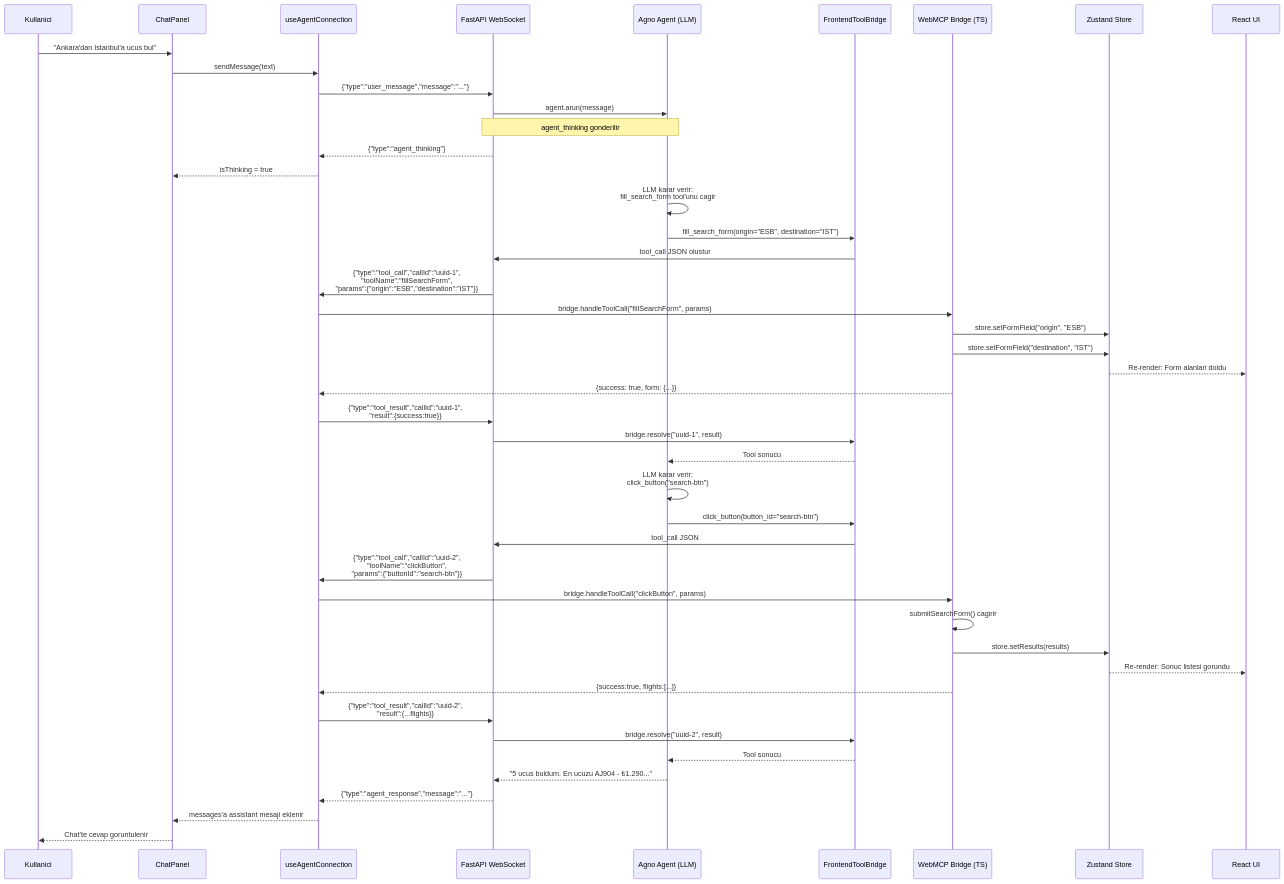
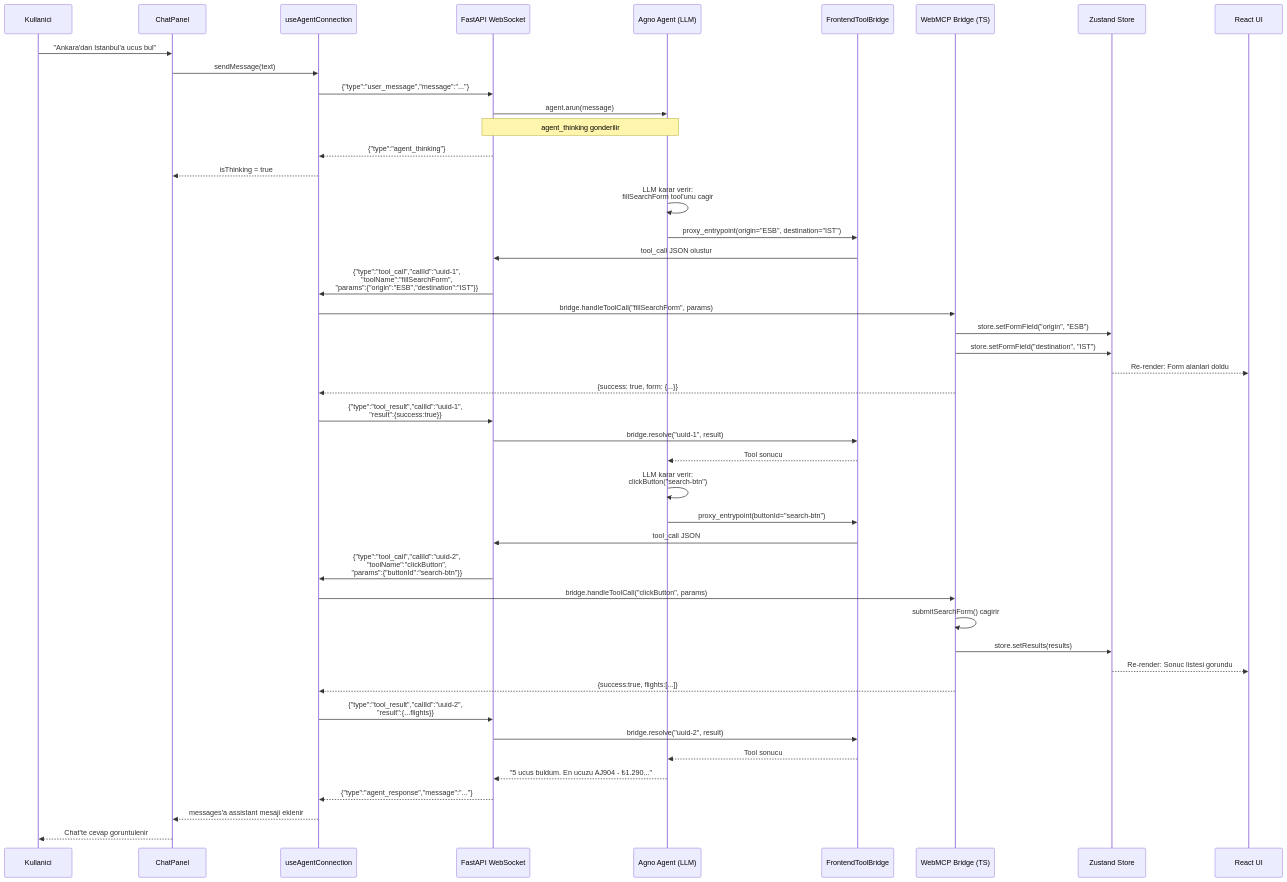
One commit to ozkangu/webmcp-agent changed the third of 7 diagrams in ARCHITECTURE.md. Above: the diagram before and after it, drawn with Mermaid. The commit also changed other lines of this file and 12 other files, not shown here.

````diff
--- a/ARCHITECTURE.md
+++ b/ARCHITECTURE.md
@@ -56,58 +86,58 @@
 ```mermaid
 sequenceDiagram
     participant U as Kullanici
     participant CP as ChatPanel
     participant WS as useAgentConnection
     participant BE as FastAPI WebSocket
     participant AG as Agno Agent (LLM)
     participant BPy as FrontendToolBridge
     participant BTs as WebMCP Bridge (TS)
     participant ST as Zustand Store
     participant UI as React UI
 
     U->>CP: "Ankara'dan Istanbul'a ucus bul"
     CP->>WS: sendMessage(text)
     WS->>BE: {"type":"user_message","message":"..."}
 
     BE->>AG: agent.arun(message)
     Note over BE,AG: agent_thinking gonderilir
     BE-->>WS: {"type":"agent_thinking"}
     WS-->>CP: isThinking = true
 
-    AG->>AG: LLM karar verir:<br/>fill_search_form tool'unu cagir
+    AG->>AG: LLM karar verir:<br/>fillSearchForm tool'unu cagir
 
-    AG->>BPy: fill_search_form(origin="ESB", destination="IST")
+    AG->>BPy: proxy_entrypoint(origin="ESB", destination="IST")
     BPy->>BE: tool_call JSON olustur
     BE->>WS: {"type":"tool_call","callId":"uuid-1",<br/>"toolName":"fillSearchForm",<br/>"params":{"origin":"ESB","destination":"IST"}}
 
     WS->>BTs: bridge.handleToolCall("fillSearchForm", params)
     BTs->>ST: store.setFormField("origin", "ESB")
     BTs->>ST: store.setFormField("destination", "IST")
     ST-->>UI: Re-render: Form alanlari doldu
     BTs-->>WS: {success: true, form: {...}}
 
     WS->>BE: {"type":"tool_result","callId":"uuid-1",<br/>"result":{success:true}}
     BE->>BPy: bridge.resolve("uuid-1", result)
     BPy-->>AG: Tool sonucu
 
-    AG->>AG: LLM karar verir:<br/>click_button("search-btn")
+    AG->>AG: LLM karar verir:<br/>clickButton("search-btn")
 
-    AG->>BPy: click_button(button_id="search-btn")
+    AG->>BPy: proxy_entrypoint(buttonId="search-btn")
     BPy->>BE: tool_call JSON
     BE->>WS: {"type":"tool_call","callId":"uuid-2",<br/>"toolName":"clickButton",<br/>"params":{"buttonId":"search-btn"}}
 
     WS->>BTs: bridge.handleToolCall("clickButton", params)
     BTs->>BTs: submitSearchForm() cagirir
     BTs->>ST: store.setResults(results)
     ST-->>UI: Re-render: Sonuc listesi gorundu
     BTs-->>WS: {success:true, flights:[...]}
 
     WS->>BE: {"type":"tool_result","callId":"uuid-2",<br/>"result":{...flights}}
     BE->>BPy: bridge.resolve("uuid-2", result)
     BPy-->>AG: Tool sonucu
 
     AG-->>BE: "5 ucus buldum. En ucuzu AJ904 - ₺1.290..."
     BE-->>WS: {"type":"agent_response","message":"..."}
     WS-->>CP: messages'a assistant mesaji eklenir
     CP-->>U: Chat'te cevap goruntulenir
 ```
````
